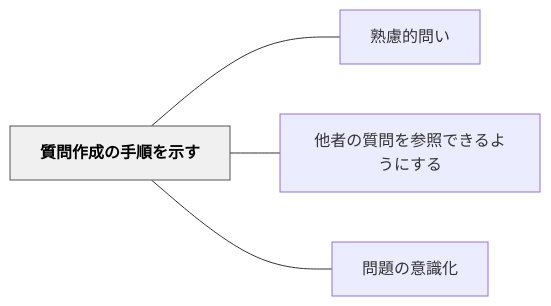
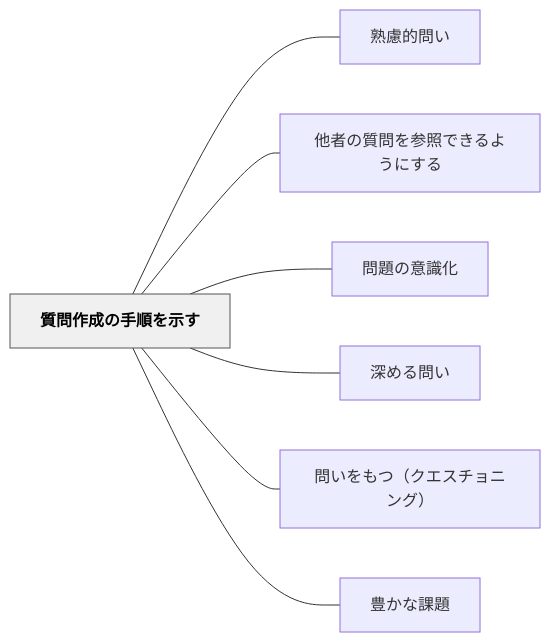
The diagram in content/パタン/質問作成の手順を示す.md (unknownthings-ed-patterns/unknownthings-ed-patterns), drawn with Mermaid before and after one commit. The commit also changed other lines of this file and 35 other files, not shown here.

````diff
--- a/content/パタン/質問作成の手順を示す.md
+++ b/content/パタン/質問作成の手順を示す.md
@@ -40,14 +43,20 @@
 ```mermaid
 flowchart LR
     ne8b3aae5958fe4bd9ce68890e381aee6898be9a086e38292e7a4bae38199["質問作成の手順を示す"]
     ne7869fe685aee79a84e5958fe38184["熟慮的問い"]
     ne4bb96e88085e381aee8b3aae5958fe38292e58f82e785a7e381a7e3818de3828be38288e38186e381abe38199e3828b["他者の質問を参照できるようにする"]
     ne5958fe9a18ce381aee6848fe8ad98e58c96["問題の意識化"]
+    ne6b7b1e38281e3828be5958fe38184["深める問い"]
+    ne5958fe38184e38292e38282e381a4efbc88e382afe382a8e382b9e38381e383a7e3838be383b3e382b0efbc89["問いをもつ（クエスチョニング）"]
+    ne8b18ae3818be381aae8aab2e9a18c["豊かな課題"]
 
     ne8b3aae5958fe4bd9ce68890e381aee6898be9a086e38292e7a4bae38199 --- ne7869fe685aee79a84e5958fe38184
     ne8b3aae5958fe4bd9ce68890e381aee6898be9a086e38292e7a4bae38199 --- ne4bb96e88085e381aee8b3aae5958fe38292e58f82e785a7e381a7e3818de3828be38288e38186e381abe38199e3828b
     ne8b3aae5958fe4bd9ce68890e381aee6898be9a086e38292e7a4bae38199 --- ne5958fe9a18ce381aee6848fe8ad98e58c96
+    ne8b3aae5958fe4bd9ce68890e381aee6898be9a086e38292e7a4bae38199 --- ne6b7b1e38281e3828be5958fe38184
+    ne8b3aae5958fe4bd9ce68890e381aee6898be9a086e38292e7a4bae38199 --- ne5958fe38184e38292e38282e381a4efbc88e382afe382a8e382b9e38381e383a7e3838be383b3e382b0efbc89
+    ne8b3aae5958fe4bd9ce68890e381aee6898be9a086e38292e7a4bae38199 --- ne8b18ae3818be381aae8aab2e9a18c
 
     classDef hub fill:#f0f0f0,stroke:#555,color:#000,font-weight:bold
     class ne8b3aae5958fe4bd9ce68890e381aee6898be9a086e38292e7a4bae38199 hub
 ```
````
